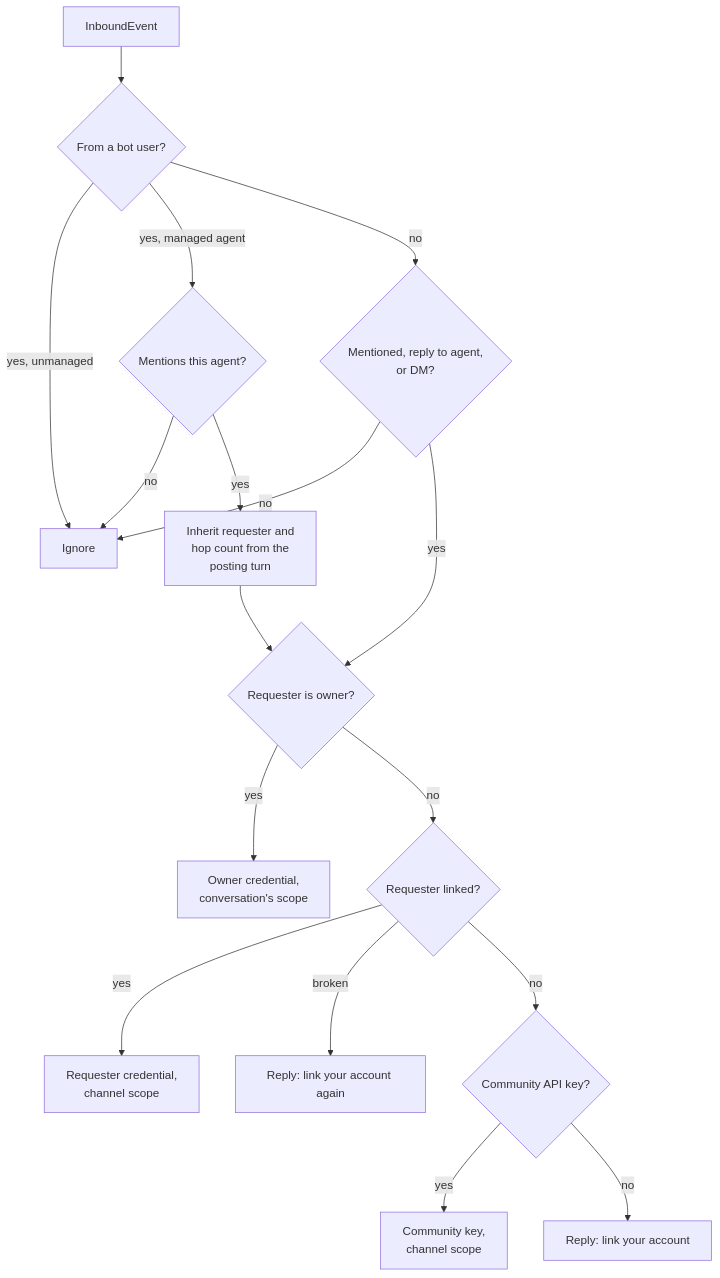
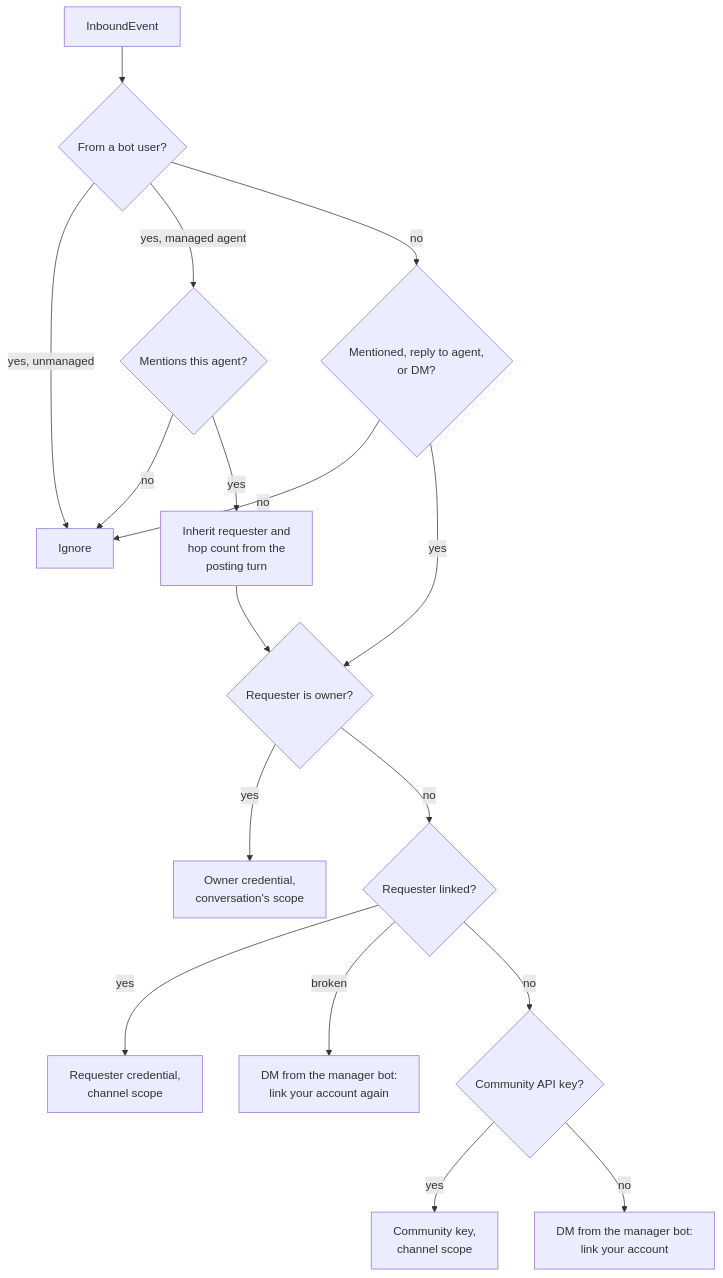
Before and after one commit to agentsky/agent-core: the fourth of 7 diagrams in docs/design.md, drawn with Mermaid. The commit also changed other lines of this file and 5 other files, not shown here.

````diff
--- a/docs/design.md
+++ b/docs/design.md
@@ -342,19 +342,19 @@
 ```mermaid
 flowchart TD
     E["InboundEvent"] --> B{"From a bot user?"}
     B -->|"yes, unmanaged"| X["Ignore"]
     B -->|"yes, managed agent"| M{"Mentions this agent?"}
     M -- no --> X
     M -- yes --> H["Inherit requester and<br/>hop count from the<br/>posting turn"]
     B -- no --> G{"Mentioned, reply to agent,<br/>or DM?"}
     G -- no --> X
     G -- yes --> O{"Requester is owner?"}
     H --> O
     O -- yes --> OC["Owner credential,<br/>conversation's scope"]
     O -- no --> L{"Requester linked?"}
     L -- yes --> RQ["Requester credential,<br/>channel scope"]
-    L -- "broken" --> RL["Reply: link your account again"]
+    L -- "broken" --> RL["DM from the manager bot:<br/>link your account again"]
     L -- no --> K{"Community API key?"}
     K -- yes --> CK["Community key,<br/>channel scope"]
-    K -- no --> LK["Reply: link your account"]
+    K -- no --> LK["DM from the manager bot:<br/>link your account"]
 ```
````
